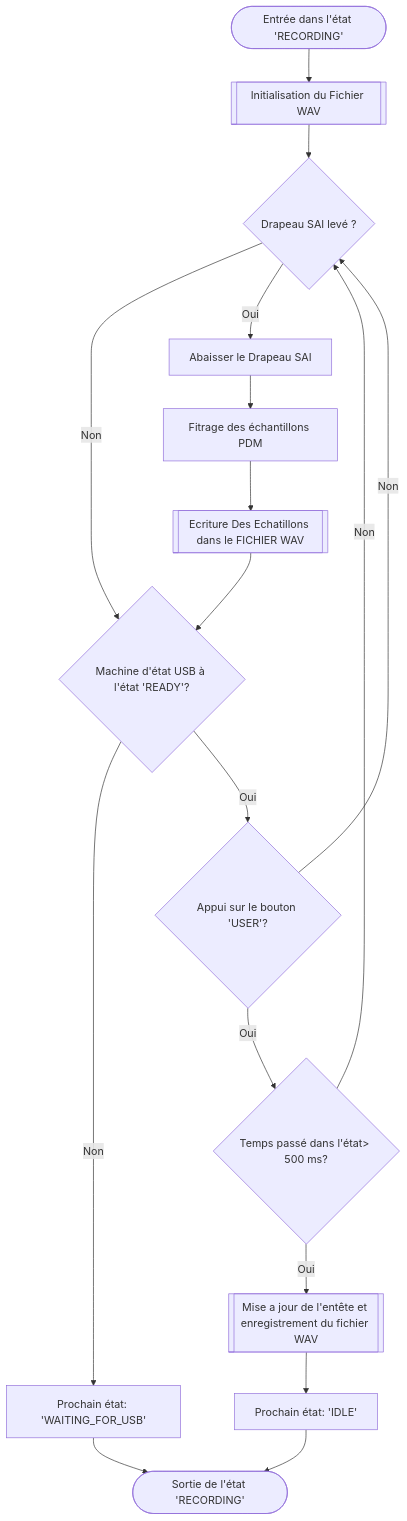
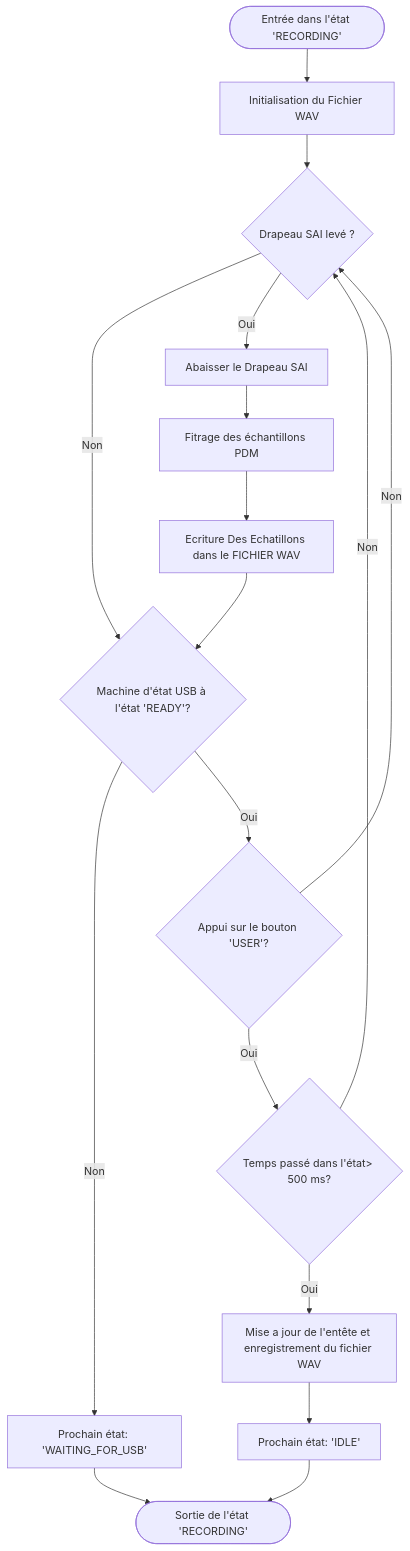
One commit to piwithy/stm32pdm changed the sixth of 6 diagrams in 03_Embedding/digital_recorder/readme.md. Above: the diagram before and after it, drawn with Mermaid. The commit also changed other lines of this file, not shown here.

````diff
--- a/03_Embedding/digital_recorder/readme.md
+++ b/03_Embedding/digital_recorder/readme.md
@@ -369,44 +383,43 @@
 ```mermaid
-
 graph TD
     INIT(["Entrée dans l'état 'RECORDING'"])
     FINISH(["Sortie de l'état 'RECORDING'"])
 
-    INIT_WAV[["Initialisation du Fichier WAV"]];
-    WRITE_WAV[["Ecriture Des Echatillons dans le FICHIER WAV"]]
-    FINISH_WAV[["Mise a jour de l'entête et enregistrement du fichier WAV"]]
+    INIT_WAV["Initialisation du Fichier WAV"];
+    WRITE_WAV["Ecriture Des Echatillons dans le FICHIER WAV"]
+    FINISH_WAV["Mise a jour de l'entête et enregistrement du fichier WAV"]
 
     SAI_FLAG{"Drapeau SAI levé ?"};
     FILTER["Fitrage des échantillons PDM"];
     RESET_SAI_FLAG["Abaisser le Drapeau SAI"]
 
     USER_BTN_PRESSED{"Appui sur le bouton 'USER'?"};
 
     TIME_IN_STATE{"Temps passé dans l'état> 500 ms?"}
 
     CHECK_USB{"Machine d'état USB à l'état 'READY'?"}
 
     NEXT_STATE["Prochain état: 'IDLE'"] --> FINISH;
     NEXT_STATE_U["Prochain état: 'WAITING_FOR_USB'"] --> FINISH;
 
 
 
 
     INIT --> INIT_WAV --> SAI_FLAG;
     SAI_FLAG -->|"Non"| CHECK_USB;
     SAI_FLAG -->|"Oui"| RESET_SAI_FLAG;
     RESET_SAI_FLAG -->FILTER;
     FILTER --> WRITE_WAV;
     WRITE_WAV -->CHECK_USB;
 
 
 
     USER_BTN_PRESSED -->|"Oui"| TIME_IN_STATE;
     TIME_IN_STATE --> |"Oui"| FINISH_WAV --> NEXT_STATE;
 
     USER_BTN_PRESSED -->|"Non"| SAI_FLAG;
     TIME_IN_STATE -->|"Non"| SAI_FLAG;
 
     CHECK_USB -->|"Non"| NEXT_STATE_U;
     CHECK_USB -->|"Oui"| USER_BTN_PRESSED;
 ```
````
